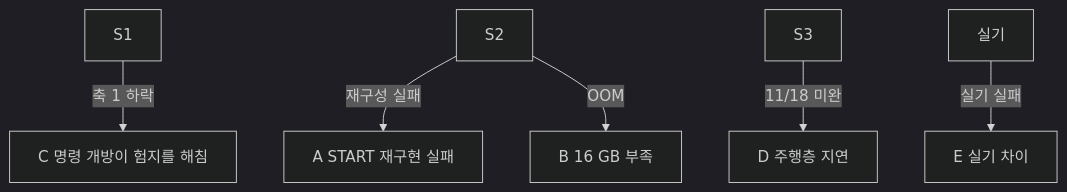
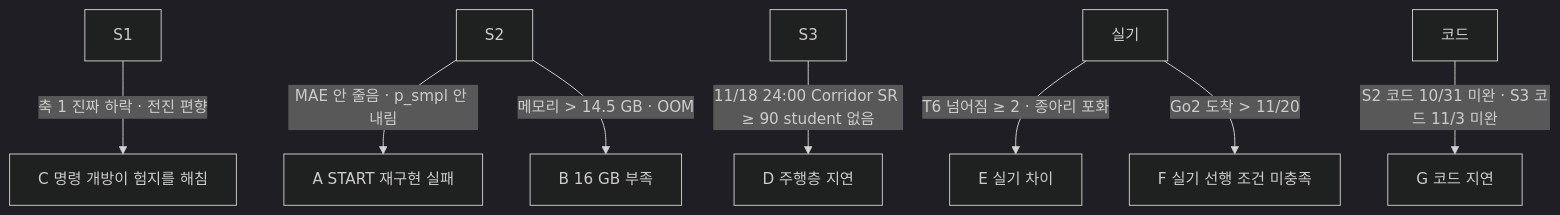
One commit to foothold-project/foothold-lab changed the diagram in inbox/jay/20261019-design/60-SCENARIOS.md. Above: the diagram before and after it, drawn with Mermaid (dark theme). The commit also changed other lines of this file and 25 other files, not shown here.

````diff
--- a/inbox/jay/20261019-design/60-SCENARIOS.md
+++ b/inbox/jay/20261019-design/60-SCENARIOS.md
@@ -9,8 +15,10 @@
 ```mermaid
 flowchart TB
-  S1[S1] -->|축 1 하락| C[C 명령 개방이 험지를 해침]
-  S2[S2] -->|재구성 실패| A[A START 재구현 실패]
-  S2 -->|OOM| B[B 16 GB 부족]
-  S3[S3] -->|11/18 미완| D[D 주행층 지연]
-  R[실기] -->|실기 실패| E[E 실기 차이]
+  S1[S1] -->|축 1 진짜 하락 · 전진 편향| C[C 명령 개방이 험지를 해침]
+  S2[S2] -->|MAE 안 줄음 · p_smpl 안 내림| A[A START 재구현 실패]
+  S2 -->|메모리 > 14.5 GB · OOM| B[B 16 GB 부족]
+  S3[S3] -->|11/18 24:00 Corridor SR ≥ 90 student 없음| D[D 주행층 지연]
+  R[실기] -->|T6 넘어짐 ≥ 2 · 종아리 포화| E[E 실기 차이]
+  R -->|Go2 도착 > 11/20| F[F 실기 선행 조건 미충족]
+  CODE[코드] -->|S2 코드 10/31 미완 · S3 코드 11/3 미완| G[G 코드 지연]
 ```
````
